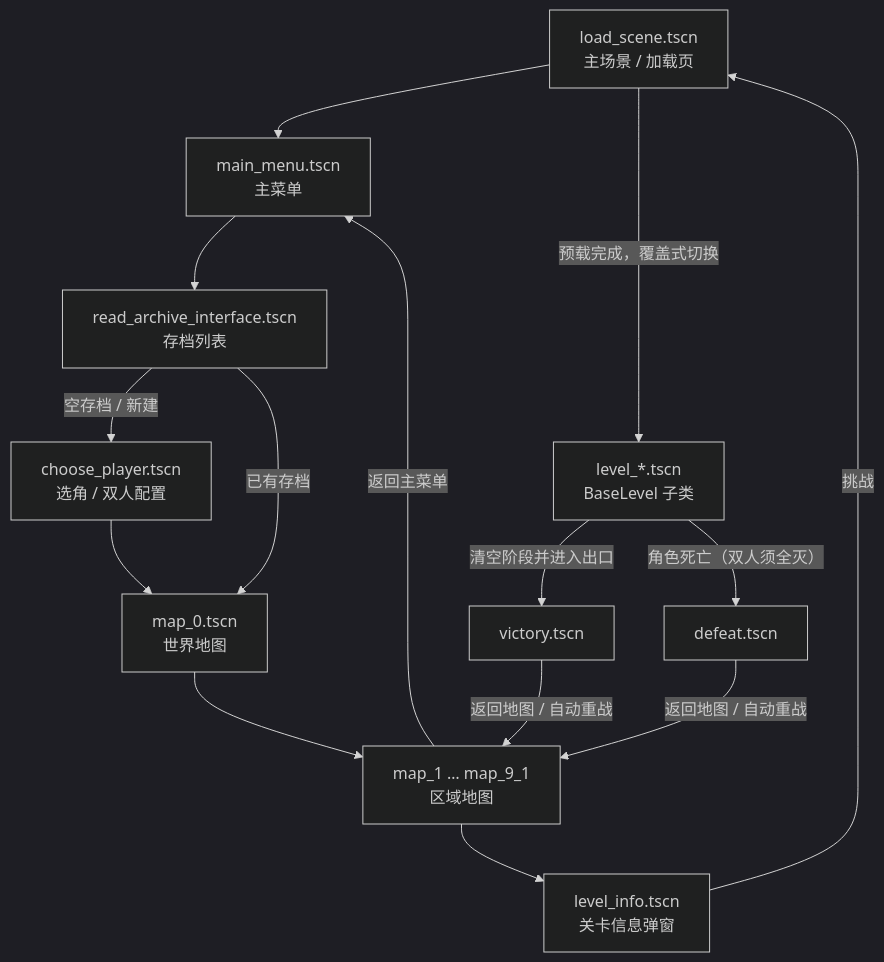
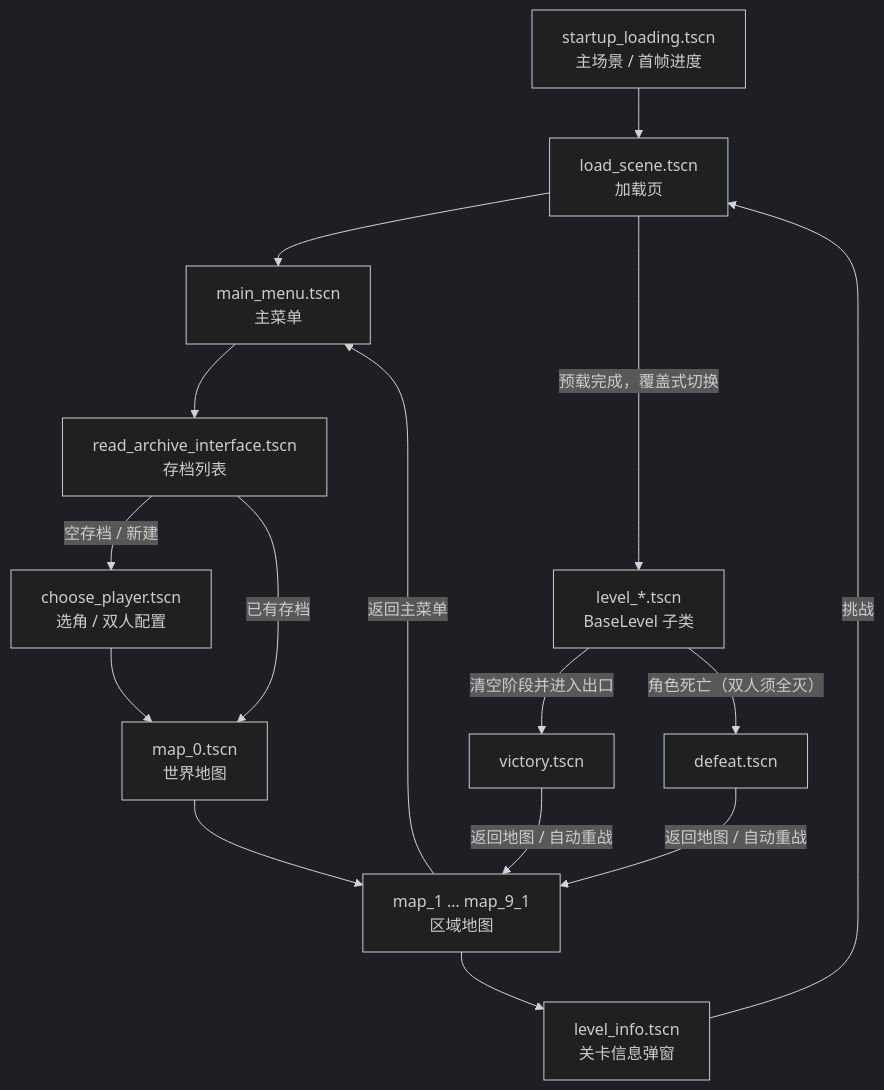
The second of 3 diagrams in docs/reference/architecture.md (0xnayuta/BHYH), drawn with Mermaid (dark theme) before and after one commit. The commit also changed other lines of this file and 3 other files, not shown here.

First line of the commit message:
docs(roadmap): 记录 38-3 系统 UI 与启动接入

````diff
--- a/docs/reference/architecture.md
+++ b/docs/reference/architecture.md
@@ -136,17 +136,18 @@
 ```mermaid
 flowchart TD
-    A["load_scene.tscn<br/>主场景 / 加载页"] --> B["main_menu.tscn<br/>主菜单"]
+    A["startup_loading.tscn<br/>主场景 / 首帧进度"] --> A2["load_scene.tscn<br/>加载页"]
+    A2 --> B["main_menu.tscn<br/>主菜单"]
     B --> C["read_archive_interface.tscn<br/>存档列表"]
     C -->|"空存档 / 新建"| D["choose_player.tscn<br/>选角 / 双人配置"]
     C -->|"已有存档"| E["map_0.tscn<br/>世界地图"]
     D --> E
     E --> F["map_1 … map_9_1<br/>区域地图"]
     F --> G["level_info.tscn<br/>关卡信息弹窗"]
-    G -->|"挑战"| A
-    A -->|"预载完成，覆盖式切换"| H["level_*.tscn<br/>BaseLevel 子类"]
+    G -->|"挑战"| A2
+    A2 -->|"预载完成，覆盖式切换"| H["level_*.tscn<br/>BaseLevel 子类"]
     H -->|"清空阶段并进入出口"| I["victory.tscn"]
     H -->|"角色死亡（双人须全灭）"| J["defeat.tscn"]
     I -->|"返回地图 / 自动重战"| F
     J -->|"返回地图 / 自动重战"| F
     F -->|"返回主菜单"| B
 ```
````
